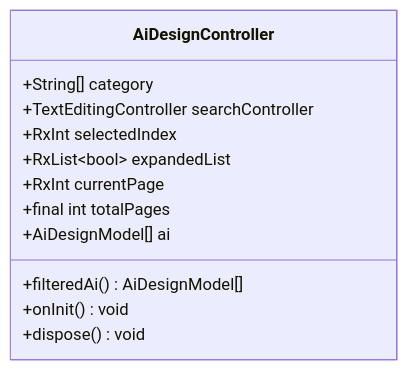
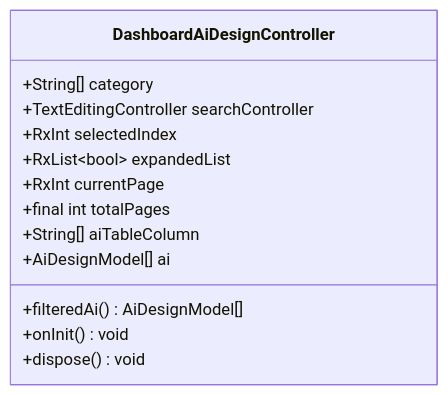
One commit to Ariful3111/FurniGo changed the third of 13 diagrams in .qoder/repowiki/en/content/Core Features/AI Design Services/Design Customization and Preview.md. Above: the diagram before and after it, drawn with Mermaid. The commit also changed other lines of this file and 67 other files, not shown here.

````diff
--- a/.qoder/repowiki/en/content/Core Features/AI Design Services/Design Customization and Preview.md
+++ b/.qoder/repowiki/en/content/Core Features/AI Design Services/Design Customization and Preview.md
@@ -171,15 +213,16 @@
 ```mermaid
 classDiagram
-class AiDesignController {
+class DashboardAiDesignController {
 +String[] category
 +TextEditingController searchController
 +RxInt selectedIndex
 +RxList~bool~ expandedList
 +RxInt currentPage
 +final int totalPages
++String[] aiTableColumn
 +AiDesignModel[] ai
 +filteredAi() AiDesignModel[]
 +onInit() void
 +dispose() void
 }
 ```
````
